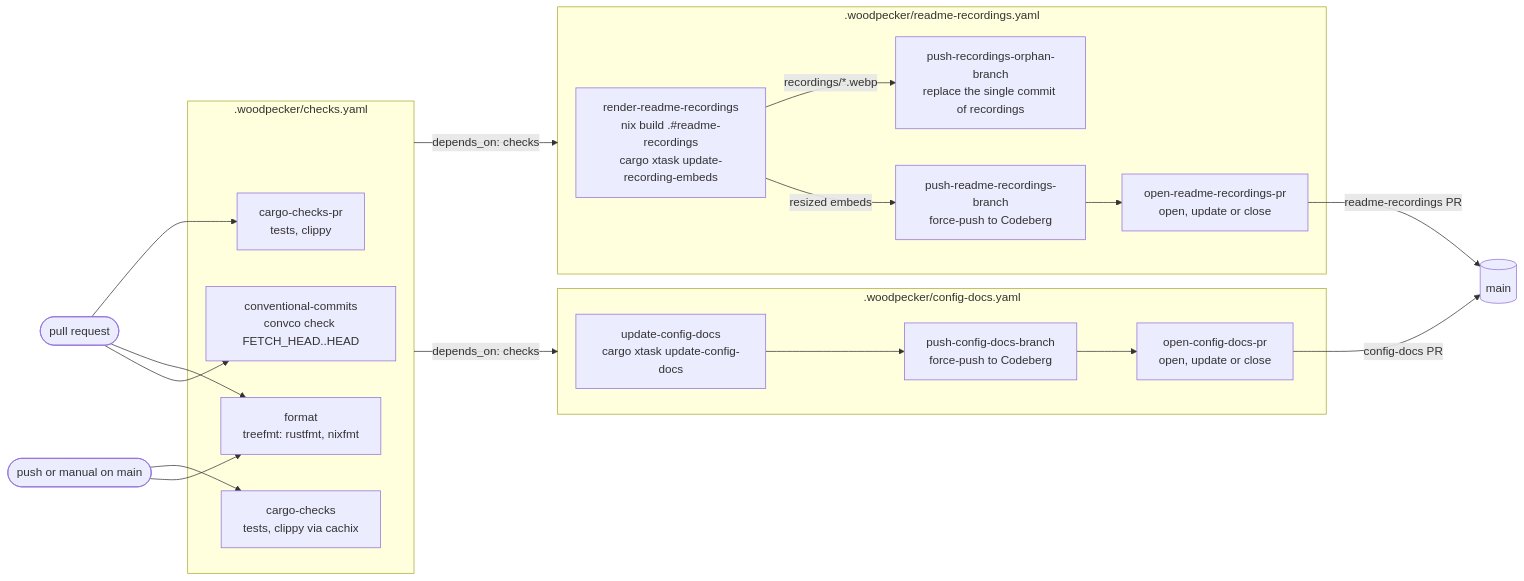
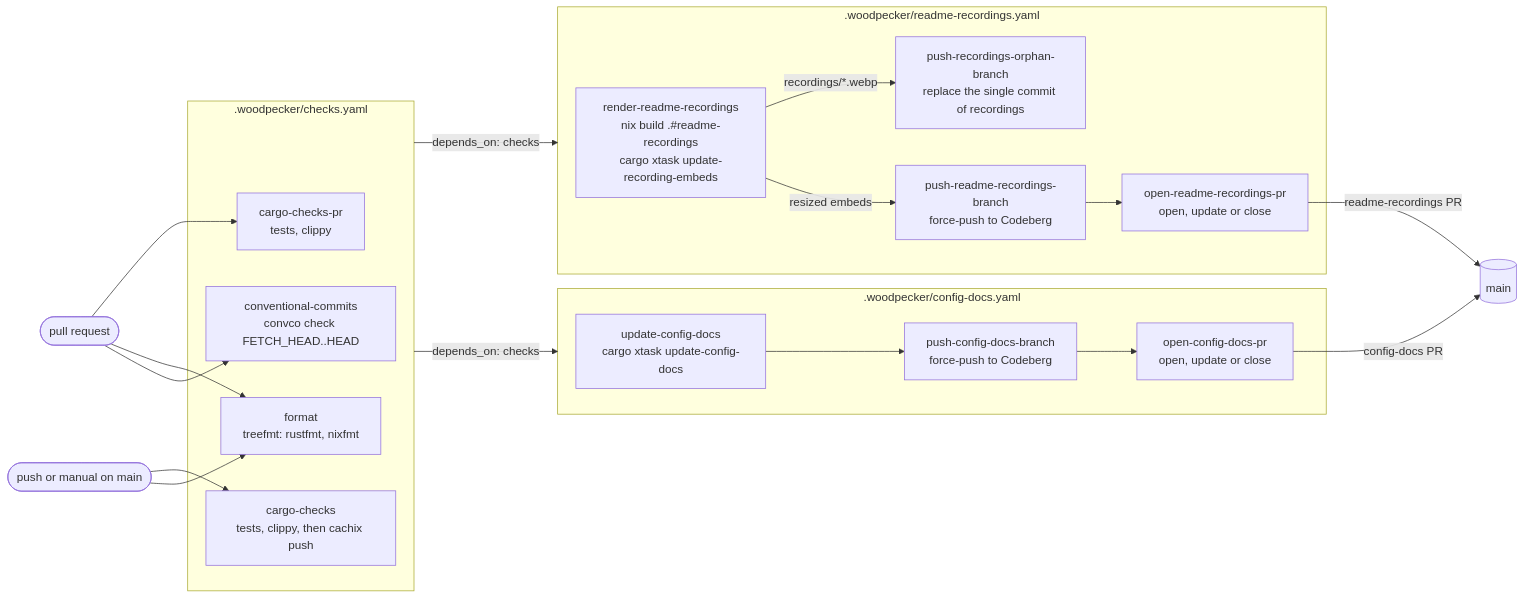
The second of 3 diagrams in docs/development.md (wvhulle/sottomano), drawn with Mermaid before and after one commit. The commit also changed 4 other files, not shown here.

Commit message:
ci: pin workflows to ryzen and push to cachix after the build instead of watching it

````diff
--- a/docs/development.md
+++ b/docs/development.md
@@ -108,39 +108,39 @@
 ```mermaid
 flowchart LR
   pull_request_event(["pull request"])
   main_push_event(["push or manual on main"])
 
   subgraph checks_pipeline [".woodpecker/checks.yaml"]
     cargo_checks_pr["cargo-checks-pr<br>tests, clippy"]
-    cargo_checks["cargo-checks<br>tests, clippy via cachix"]
+    cargo_checks["cargo-checks<br>tests, clippy, then cachix push"]
     format_check["format<br>treefmt: rustfmt, nixfmt"]
     conventional_commits["conventional-commits<br>convco check FETCH_HEAD..HEAD"]
   end
 
   subgraph recordings_pipeline [".woodpecker/readme-recordings.yaml"]
     render_recordings["render-readme-recordings<br>nix build .#readme-recordings<br>cargo xtask update-recording-embeds"]
     push_orphan_recordings["push-recordings-orphan-branch<br>replace the single commit of recordings"]
     push_recordings_branch["push-readme-recordings-branch<br>force-push to Codeberg"]
     open_recordings_pull_request["open-readme-recordings-pr<br>open, update or close"]
     render_recordings -->|"recordings/*.webp"| push_orphan_recordings
     render_recordings -->|resized embeds| push_recordings_branch
     push_recordings_branch --> open_recordings_pull_request
   end
 
   subgraph config_docs_pipeline [".woodpecker/config-docs.yaml"]
     update_config_docs["update-config-docs<br>cargo xtask update-config-docs"]
     push_config_docs_branch["push-config-docs-branch<br>force-push to Codeberg"]
     open_config_docs_pull_request["open-config-docs-pr<br>open, update or close"]
     update_config_docs --> push_config_docs_branch
     push_config_docs_branch --> open_config_docs_pull_request
   end
 
   main_branch[("main")]
 
   pull_request_event --> cargo_checks_pr & format_check & conventional_commits
   main_push_event --> cargo_checks & format_check
   checks_pipeline -->|"depends_on: checks"| recordings_pipeline
   checks_pipeline -->|"depends_on: checks"| config_docs_pipeline
   open_recordings_pull_request -->|readme-recordings PR| main_branch
   open_config_docs_pull_request -->|config-docs PR| main_branch
 ```
````
